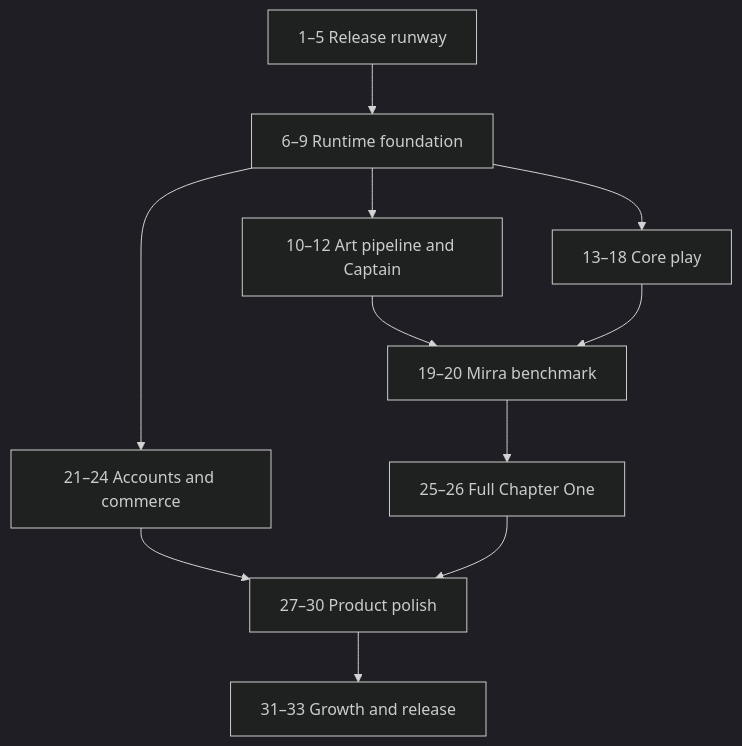
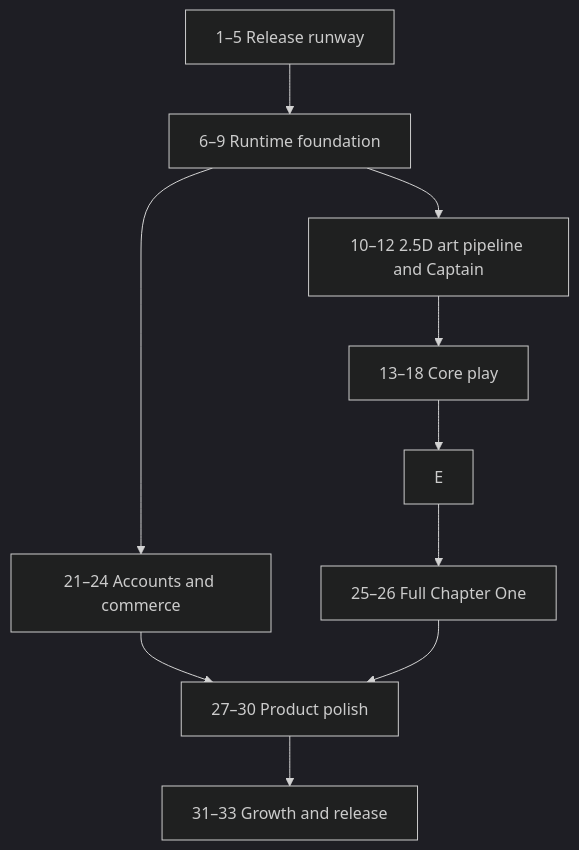
Before and after one commit to ScientificAJ/just-some-stars: the diagram in docs/superpowers/plans/2026-08-21-just-some-stars-implementation.md, drawn with Mermaid (dark theme). The commit also changed other lines of this file and 111 other files, not shown here.

````diff
--- a/docs/superpowers/plans/2026-08-21-just-some-stars-implementation.md
+++ b/docs/superpowers/plans/2026-08-21-just-some-stars-implementation.md
@@ -52,13 +68,12 @@
 ```mermaid
 flowchart TD
     A["1–5 Release runway"] --> B["6–9 Runtime foundation"]
-    B --> C["10–12 Art pipeline and Captain"]
-    B --> D["13–18 Core play"]
-    C --> E["19–20 Mirra benchmark"]
+    B --> C["10–12 2.5D art pipeline and Captain"]
+    C --> D["13–18 Core play"]
     D --> E
     B --> F["21–24 Accounts and commerce"]
     E --> G["25–26 Full Chapter One"]
     F --> H["27–30 Product polish"]
     G --> H
     H --> I["31–33 Growth and release"]
 ```
````
